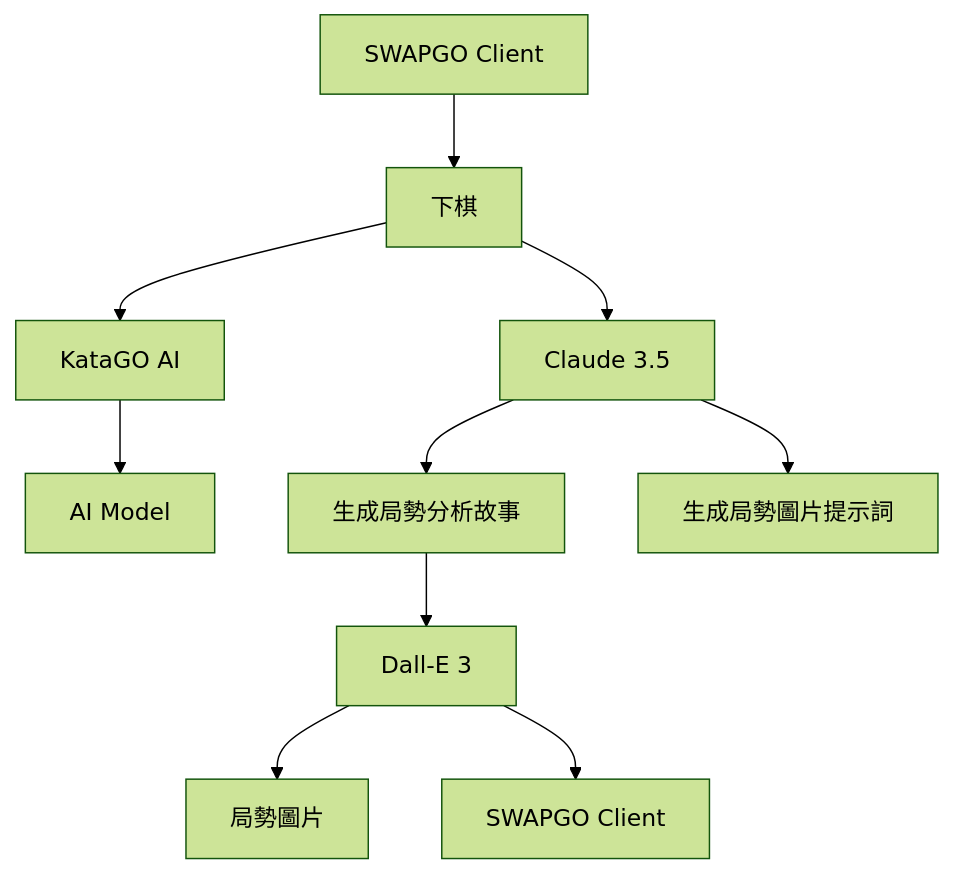
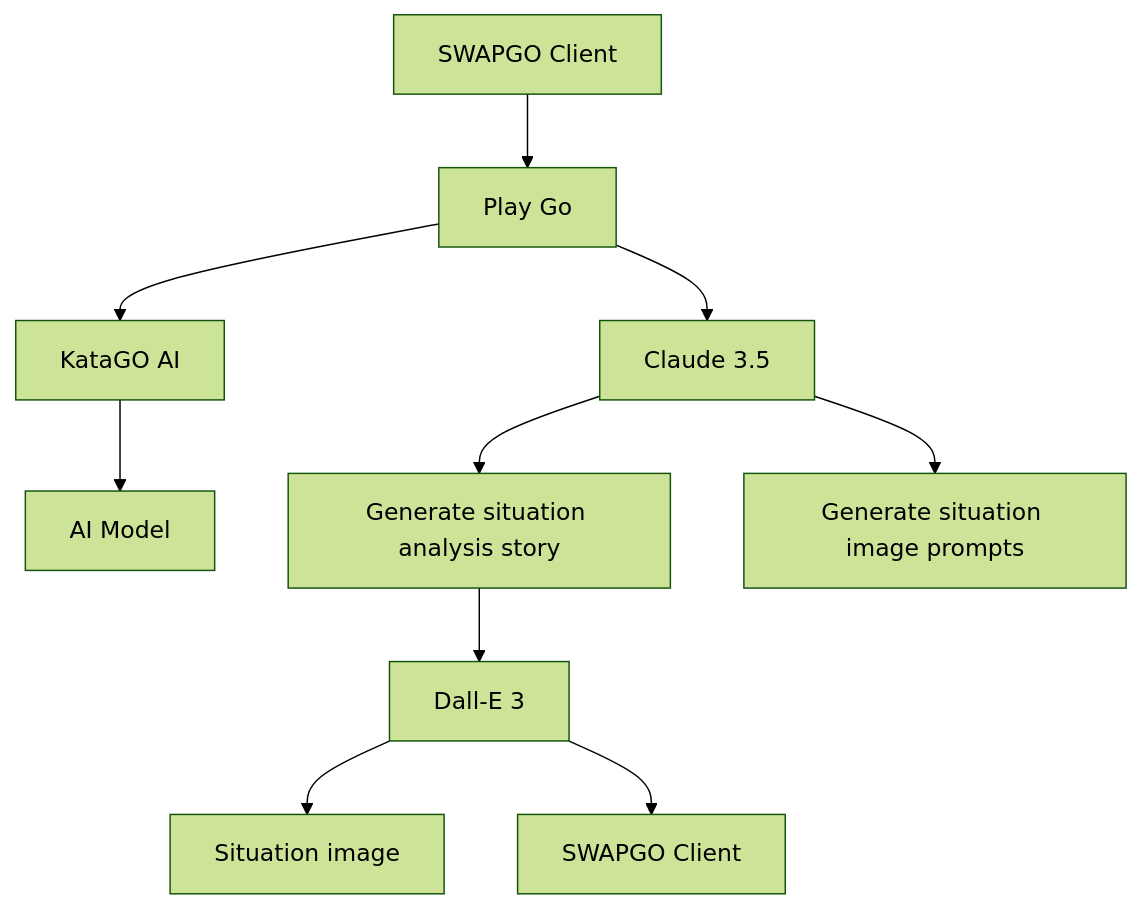
Before and after one commit to yosgo-opensource/swapgo: the diagram in README.md, drawn with Mermaid (forest theme). The commit also changed other lines of this file, not shown here.

````diff
--- a/README.md
+++ b/README.md
@@ -12,12 +17,12 @@
 ```mermaid
 graph TD
-    A[SWAPGO Client] --> B[下棋]
+    A[SWAPGO Client] --> B[Play Go]
     B --> C[KataGO AI]
     B --> D[Claude 3.5]
     C --> E[AI Model]
-    D --> F[生成局勢分析故事]
-    D --> G[生成局勢圖片提示詞]
+    D --> F[Generate situation analysis story]
+    D --> G[Generate situation image prompts]
     F --> H[Dall-E 3]
-    H --> I[局勢圖片]
+    H --> I[Situation image]
     H --> J[SWAPGO Client]
 ```
````
